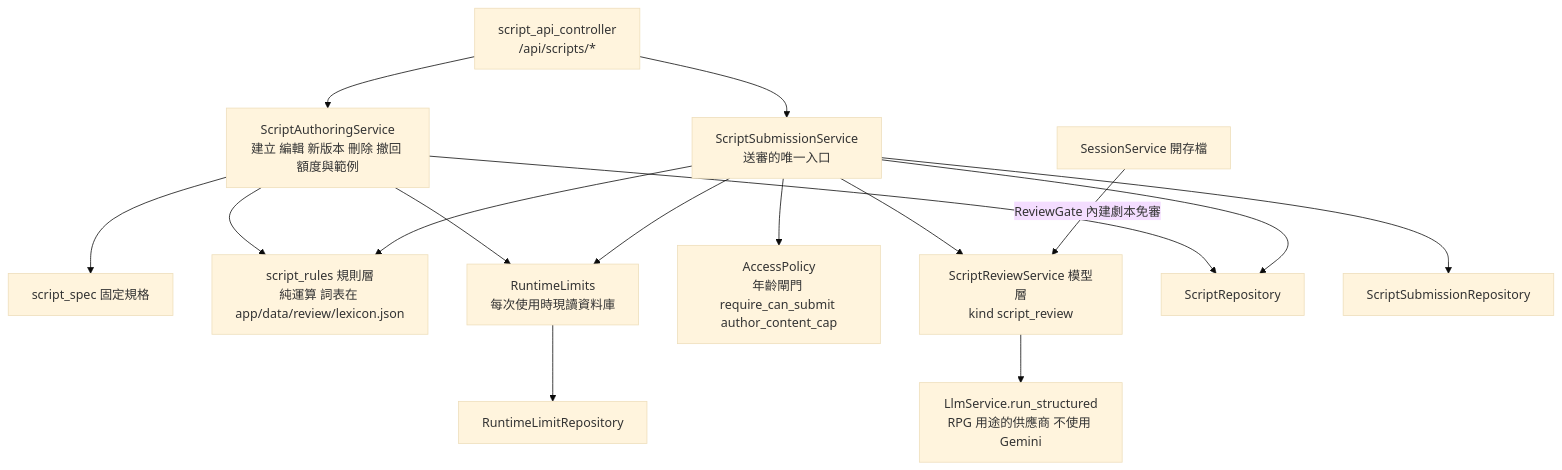
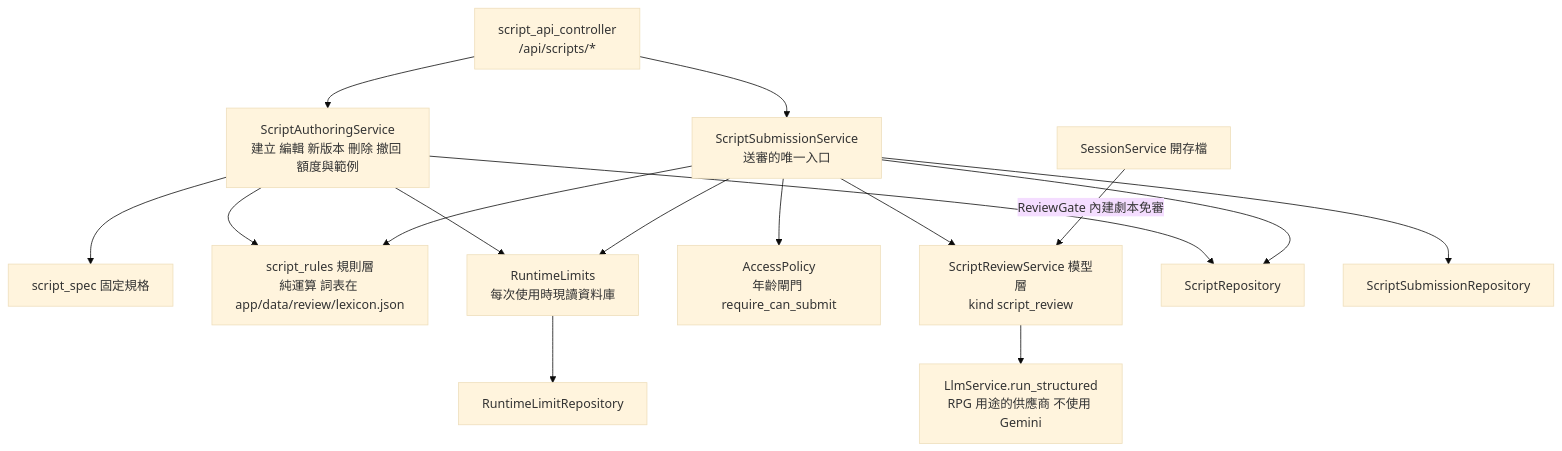
Before and after one commit to pp466pp466/R.A.C: the third of 10 diagrams in docs/系統架構-architecture.md, drawn with Mermaid (base theme). The commit also changed other lines of this file and 68 other files, not shown here.

````diff
--- a/docs/系統架構-architecture.md
+++ b/docs/系統架構-architecture.md
@@ -146,18 +146,18 @@
 ```mermaid
 flowchart TD
     Ctl["script_api_controller<br/>/api/scripts/*"] --> Auth["ScriptAuthoringService<br/>建立 編輯 新版本 刪除 撤回 額度與範例"]
     Ctl --> Sub["ScriptSubmissionService<br/>送審的唯一入口"]
     Auth --> Spec["script_spec 固定規格"]
     Auth --> Rules["script_rules 規則層<br/>純運算 詞表在 app/data/review/lexicon.json"]
     Sub --> Rules
     Sub --> Rev["ScriptReviewService 模型層<br/>kind script_review"]
     Rev --> Llm["LlmService.run_structured<br/>RPG 用途的供應商 不使用 Gemini"]
-    Sub --> Pol["AccessPolicy<br/>年齡閘門 require_can_submit author_content_cap"]
+    Sub --> Pol["AccessPolicy<br/>年齡閘門 require_can_submit"]
     Auth --> Lim["RuntimeLimits<br/>每次使用時現讀資料庫"]
     Sub --> Lim
     Sess["SessionService 開存檔"] -->|"ReviewGate 內建劇本免審"| Rev
     Auth --> SRepo["ScriptRepository"]
     Sub --> SRepo
     Sub --> SubRepo["ScriptSubmissionRepository"]
     Lim --> LRepo["RuntimeLimitRepository"]
 ```
````
